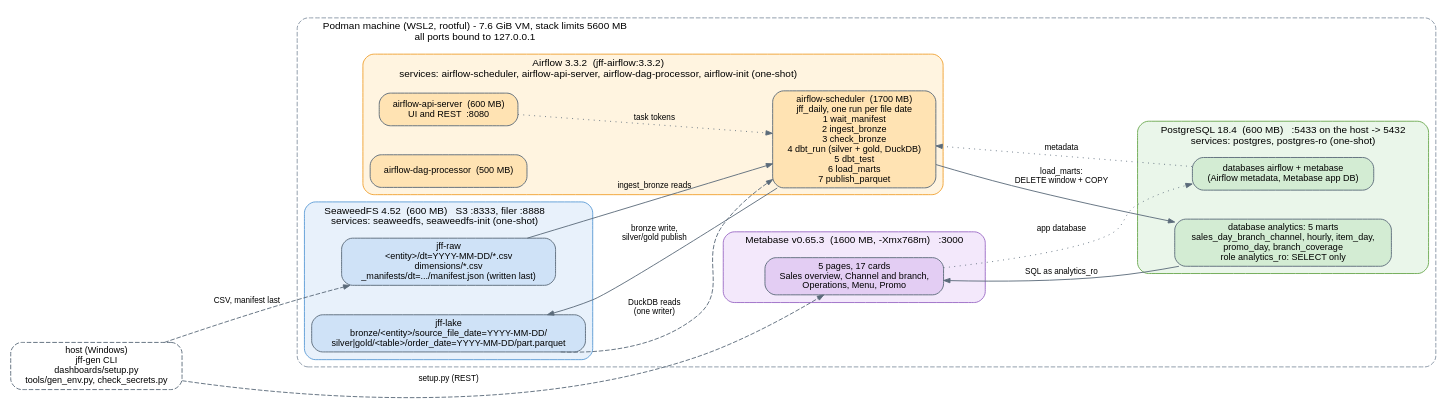
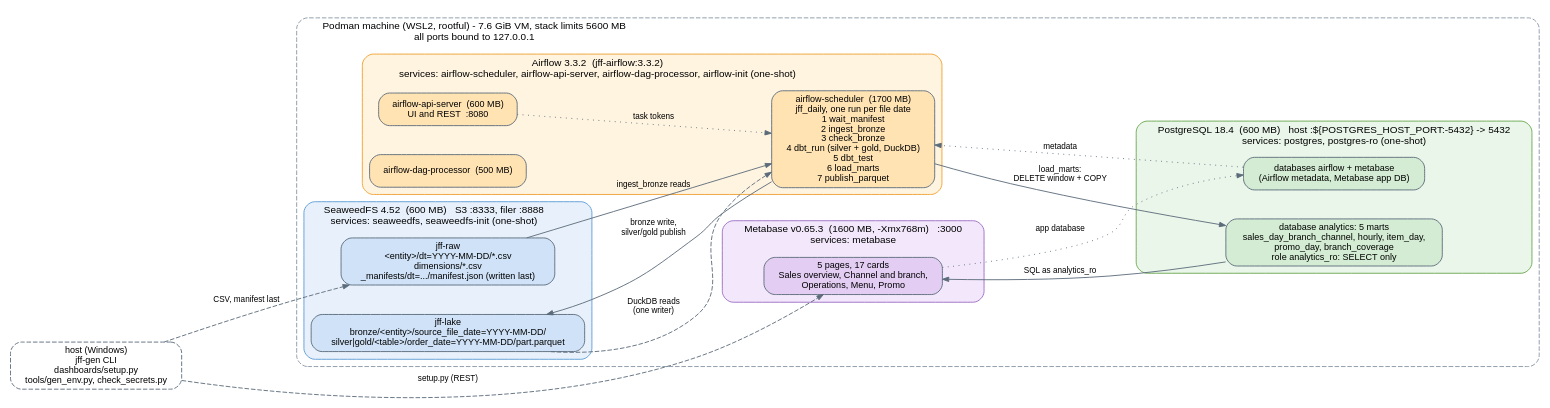
The diagram in docs/slides/architecture.dot (ivansurachman/just-fast-food-end-to-end-sales-analytics-pipeline), drawn with Graphviz before and after one commit. The commit also changed 5 other files, not shown here.

```diff
--- a/docs/slides/architecture.dot
+++ b/docs/slides/architecture.dot
@@ -1,47 +1,47 @@
 digraph arch {
   rankdir=LR; compound=true; nodesep=0.45; ranksep=0.8;
   fontname="Helvetica"; node [fontname="Helvetica", fontsize=10, shape=box, style="rounded,filled", fillcolor="#ffffff", color="#5b6b7a"];
   edge [color="#5b6b7a", fontname="Helvetica", fontsize=9, arrowsize=0.7];
 
   subgraph cluster_podman {
     label="Podman machine (WSL2, rootful) - 7.6 GiB VM, stack limits 5600 MB\nall ports bound to 127.0.0.1";
     labeljust=l; style="rounded,dashed"; color="#8896a5"; fontsize=11;
 
     subgraph cluster_airflow {
       label="Airflow 3.3.2  (jff-airflow:3.3.2)\nservices: airflow-scheduler, airflow-api-server, airflow-dag-processor, airflow-init (one-shot)"; style="rounded,filled"; fillcolor="#fff4e0"; color="#f0a030";
       sched [label="airflow-scheduler  (1700 MB)\njff_daily, one run per file date\n1 wait_manifest\n2 ingest_bronze\n3 check_bronze\n4 dbt_run (silver + gold, DuckDB)\n5 dbt_test\n6 load_marts\n7 publish_parquet", fillcolor="#ffe3b3"];
       api [label="airflow-api-server  (600 MB)\nUI and REST  :8080", fillcolor="#ffe3b3"];
       proc [label="airflow-dag-processor  (500 MB)", fillcolor="#ffe3b3"];
     }
 
     subgraph cluster_s3 {
       label="SeaweedFS 4.52  (600 MB)   S3 :8333, filer :8888\nservices: seaweedfs, seaweedfs-init (one-shot)"; style="rounded,filled"; fillcolor="#e8f1fb"; color="#5b9bd5";
       raw [label="jff-raw\n<entity>/dt=YYYY-MM-DD/*.csv\ndimensions/*.csv\n_manifests/dt=.../manifest.json (written last)", fillcolor="#cfe2f7"];
       lake [label="jff-lake\nbronze/<entity>/source_file_date=YYYY-MM-DD/\nsilver|gold/<table>/order_date=YYYY-MM-DD/part.parquet", fillcolor="#cfe2f7"];
     }
 
     subgraph cluster_pg {
-      label="PostgreSQL 18.4  (600 MB)   :5433 on the host -> 5432\nservices: postgres, postgres-ro (one-shot)"; style="rounded,filled"; fillcolor="#eaf6ea"; color="#6aa84f";
+      label="PostgreSQL 18.4  (600 MB)   host :${POSTGRES_HOST_PORT:-5432} -> 5432\nservices: postgres, postgres-ro (one-shot)"; style="rounded,filled"; fillcolor="#eaf6ea"; color="#6aa84f";
       meta [label="databases airflow + metabase\n(Airflow metadata, Metabase app DB)", fillcolor="#d3ecd3"];
       marts [label="database analytics: 5 marts\nsales_day_branch_channel, hourly, item_day,\npromo_day, branch_coverage\nrole analytics_ro: SELECT only", fillcolor="#d3ecd3"];
     }
 
     subgraph cluster_mb {
-      label="Metabase v0.65.3  (1600 MB, -Xmx768m)   :3000"; style="rounded,filled"; fillcolor="#f3e8fb"; color="#9b6bc5";
+      label="Metabase v0.65.3  (1600 MB, -Xmx768m)   :3000\nservices: metabase"; style="rounded,filled"; fillcolor="#f3e8fb"; color="#9b6bc5";
       dash [label="5 pages, 17 cards\nSales overview, Channel and branch,\nOperations, Menu, Promo", fillcolor="#e3cdf3"];
     }
   }
 
   host [label="host (Windows)\njff-gen CLI\ndashboards/setup.py\ntools/gen_env.py, check_secrets.py", style="rounded,dashed", fillcolor="#f5f5f5"];
 
   host -> raw [label=" CSV, manifest last", style=dashed];
   raw -> sched [label=" ingest_bronze reads"];
   sched -> lake [label=" bronze write,\n silver/gold publish"];
   lake -> sched [label=" DuckDB reads\n(one writer)", style=dashed];
   sched -> marts [label=" load_marts:\nDELETE window + COPY"];
   marts -> dash [label=" SQL as analytics_ro"];
   dash -> meta [label=" app database", style=dotted];
   meta -> sched [label=" metadata", style=dotted];
   api -> sched [label=" task tokens", style=dotted];
   host -> dash [label=" setup.py (REST)", style=dashed];
 }
```
